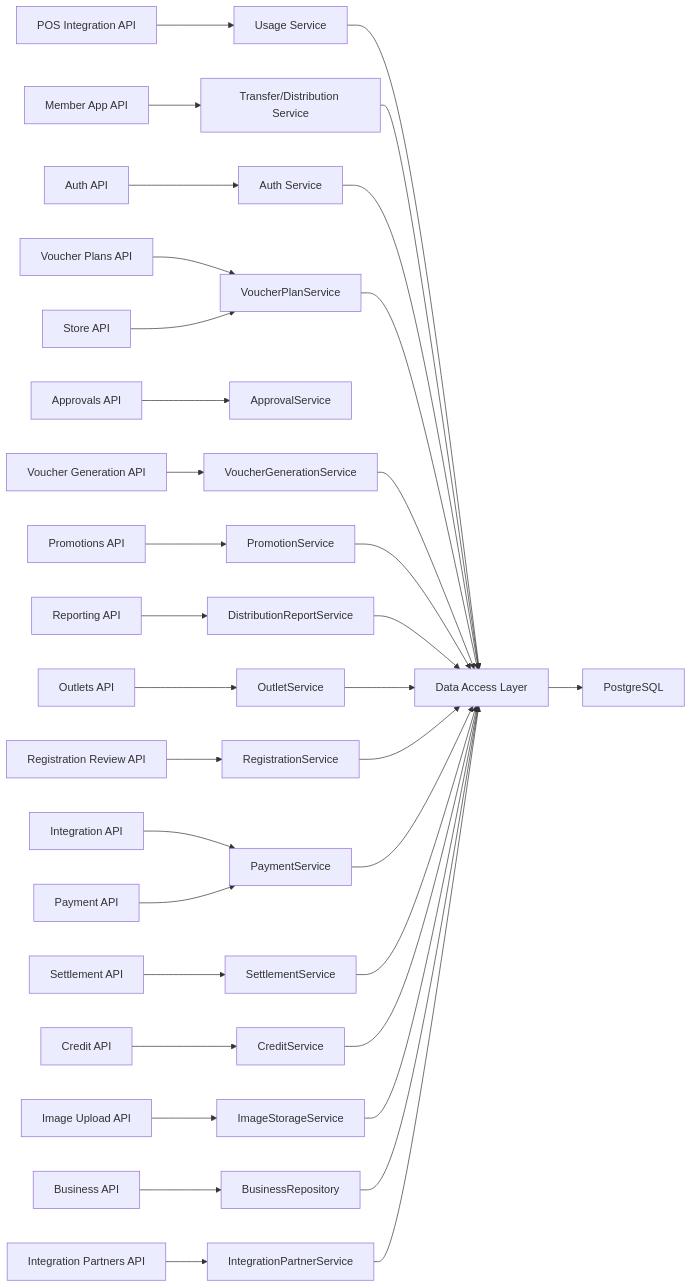
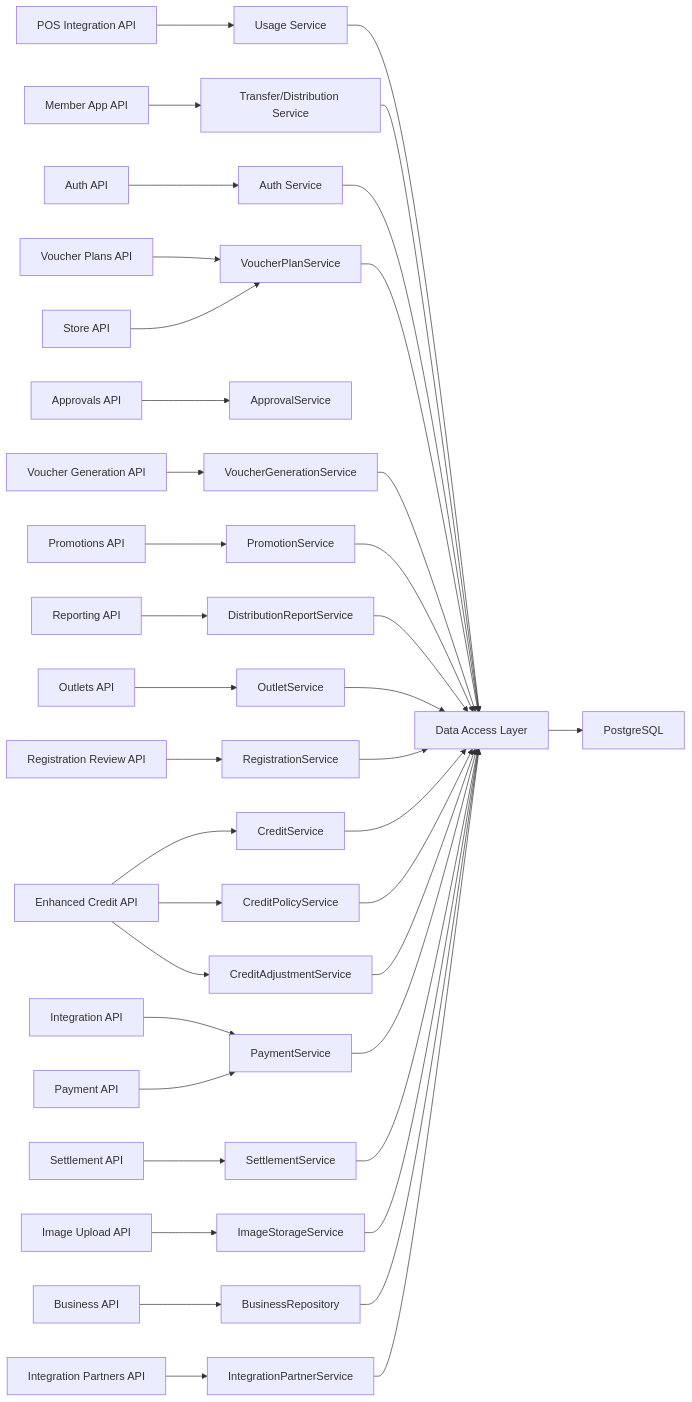
One commit to lamhongbac/NonCash changed the sixth of 6 diagrams in .qoder/repowiki/en/content/API Contracts and Integration/API Contracts and Integration.md. Above: the diagram before and after it, drawn with Mermaid. The commit also changed other lines of this file and 29 other files, not shown here.

````diff
--- a/.qoder/repowiki/en/content/API Contracts and Integration/API Contracts and Integration.md
+++ b/.qoder/repowiki/en/content/API Contracts and Integration/API Contracts and Integration.md
@@ -736,37 +890,41 @@
 ```mermaid
 graph LR
 POS["POS Integration API"] --> USVC["Usage Service"]
 MEM["Member App API"] --> TSVC["Transfer/Distribution Service"]
 AUTH["Auth API"] --> ASVC["Auth Service"]
 PLANS["Voucher Plans API"] --> PSVC["VoucherPlanService"]
 APPROVALS["Approvals API"] --> ASVC2["ApprovalService"]
 GEN["Voucher Generation API"] --> GENSVC["VoucherGenerationService"]
 PROMO["Promotions API"] --> PROMOSVC["PromotionService"]
 REPORTS["Reporting API"] --> RSVC["DistributionReportService"]
 STORE["Store API"] --> PSVC
 OUTLETS["Outlets API"] --> OSVC["OutletService"]
 REG["Registration Review API"] --> RSVC2["RegistrationService"]
+CREDITS["Enhanced Credit API"] --> CSVC["CreditService"]
+CREDITS --> CPSVC["CreditPolicyService"]
+CREDITS --> CASVC["CreditAdjustmentService"]
 INTEGRATION["Integration API"] --> PSVC2["PromotionService"]
 SETTLEMENT["Settlement API"] --> SSVC["SettlementService"]
-CREDITS["Credit API"] --> CSVC["CreditService"]
 PAYMENTS["Payment API"] --> PSVC2["PaymentService"]
 UPLOAD["Image Upload API"] --> ISVC["ImageStorageService"]
 BUSINESS["Business API"] --> BR["BusinessRepository"]
 IPARTNERS["Integration Partners API"] --> IPSVC["IntegrationPartnerService"]
 USVC --> DAL["Data Access Layer"]
 TSVC --> DAL
 ASVC --> DAL
 PSVC --> DAL
 GENSVC --> DAL
 PROMOSVC --> DAL
 RSVC --> DAL
 OSVC --> DAL
 RSVC2 --> DAL
+CSVC --> DAL
+CPSVC --> DAL
+CASVC --> DAL
 PSVC2 --> DAL
 SSVC --> DAL
-CSVC --> DAL
 ISVC --> DAL
 BR --> DAL
 IPSVC --> DAL
 DAL --> DB["PostgreSQL"]
 ```
````
